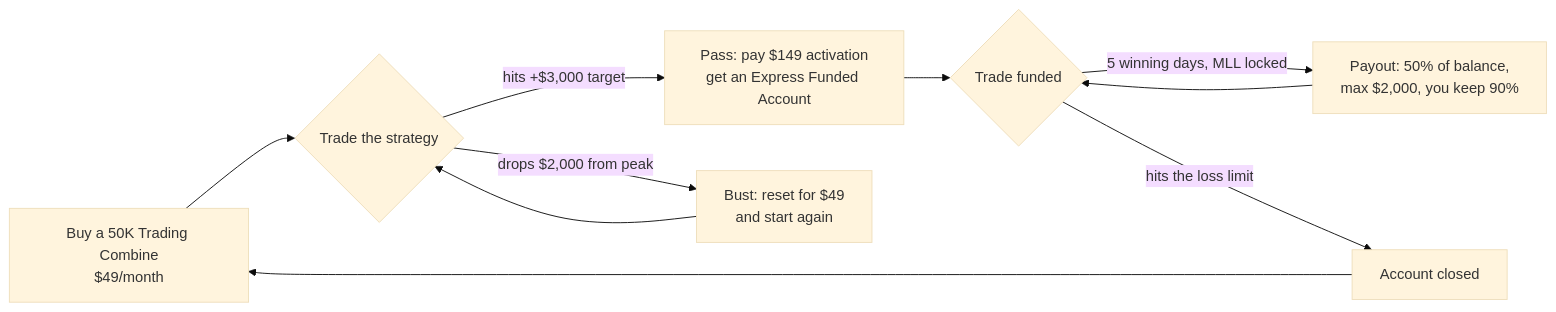
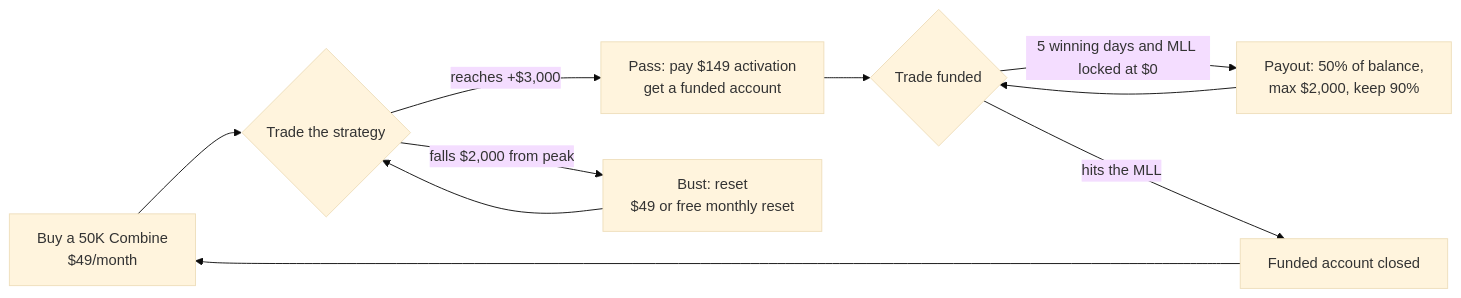
One commit to onooo641-jpg/LONG-CONVEXITY changed the diagram in README.md. Above: the diagram before and after it, drawn with Mermaid (base theme). The commit also changed other lines of this file and 1 other file, not shown here.

````diff
--- a/README.md
+++ b/README.md
@@ -22,12 +83,12 @@
 ```mermaid
 flowchart LR
-    A[Buy a 50K Trading Combine<br/>$49/month] --> B{Trade the strategy}
-    B -->|hits +$3,000 target| C[Pass: pay $149 activation<br/>get an Express Funded Account]
-    B -->|drops $2,000 from peak| R[Bust: reset for $49<br/>and start again]
+    A[Buy a 50K Combine<br/>$49/month] --> B{Trade the strategy}
+    B -->|reaches +$3,000| C[Pass: pay $149 activation<br/>get a funded account]
+    B -->|falls $2,000 from peak| R[Bust: reset<br/>$49 or free monthly reset]
     R --> B
     C --> D{Trade funded}
-    D -->|5 winning days, MLL locked| E[Payout: 50% of balance,<br/>max $2,000, you keep 90%]
+    D -->|5 winning days and MLL locked at $0| E[Payout: 50% of balance,<br/>max $2,000, keep 90%]
     E --> D
-    D -->|hits the loss limit| F[Account closed]
+    D -->|hits the MLL| F[Funded account closed]
     F --> A
 ```
````
